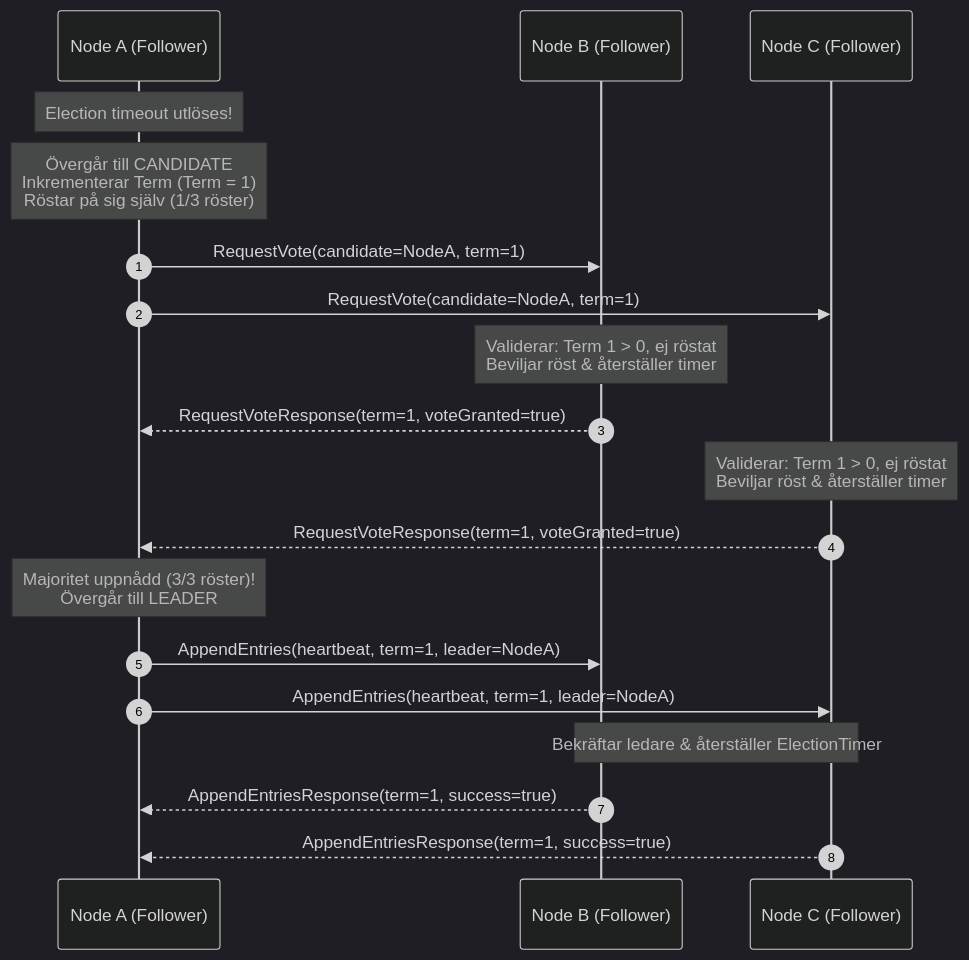
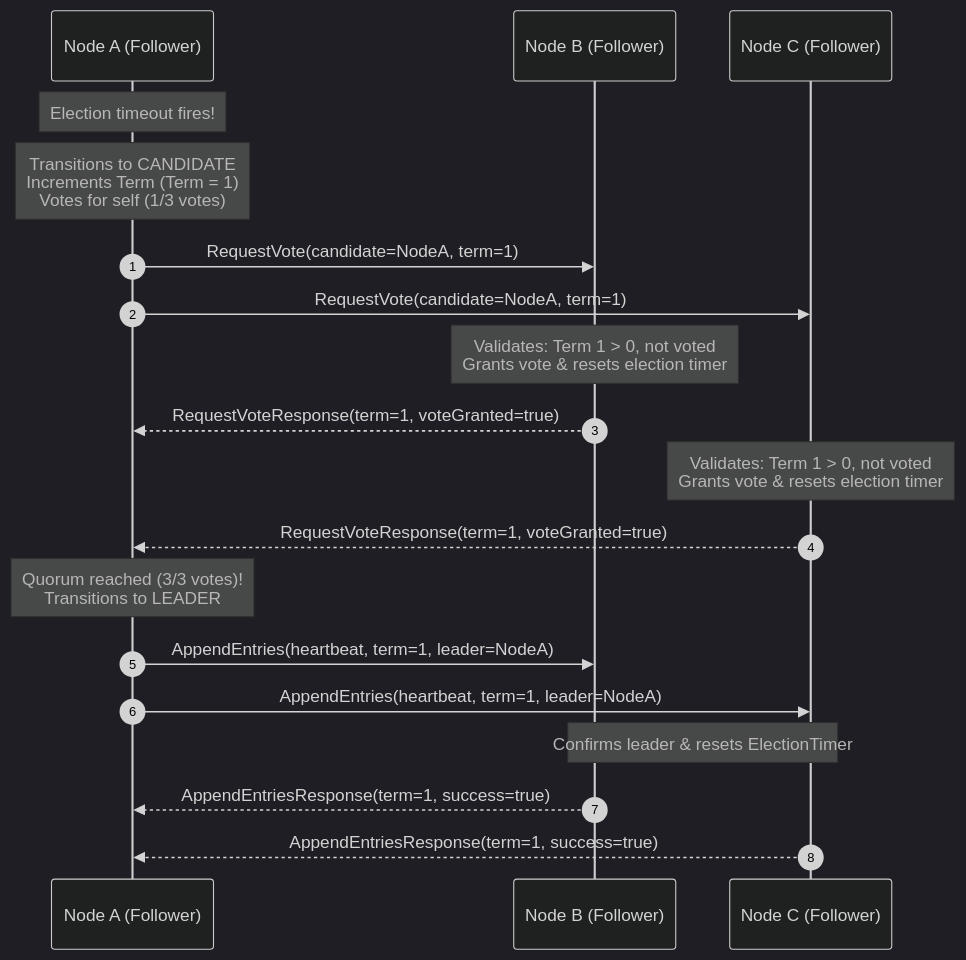
Before and after one commit to Mouaz7/AegisDB: the first of 4 diagrams in docs/raft.md, drawn with Mermaid (dark theme). The commit also changed other lines of this file and 17 other files, not shown here.

````diff
--- a/docs/raft.md
+++ b/docs/raft.md
@@ -22,28 +22,28 @@
 ```mermaid
 sequenceDiagram
     autonumber
     participant A as Node A (Follower)
     participant B as Node B (Follower)
     participant C as Node C (Follower)
 
-    Note over A: Election timeout utlöses!
-    Note over A: Övergår till CANDIDATE<br/>Inkrementerar Term (Term = 1)<br/>Röstar på sig själv (1/3 röster)
+    Note over A: Election timeout fires!
+    Note over A: Transitions to CANDIDATE<br/>Increments Term (Term = 1)<br/>Votes for self (1/3 votes)
 
     A->>B: RequestVote(candidate=NodeA, term=1)
     A->>C: RequestVote(candidate=NodeA, term=1)
 
-    Note over B: Validerar: Term 1 > 0, ej röstat<br/>Beviljar röst & återställer timer
+    Note over B: Validates: Term 1 > 0, not voted<br/>Grants vote & resets election timer
     B-->>A: RequestVoteResponse(term=1, voteGranted=true)
 
-    Note over C: Validerar: Term 1 > 0, ej röstat<br/>Beviljar röst & återställer timer
+    Note over C: Validates: Term 1 > 0, not voted<br/>Grants vote & resets election timer
     C-->>A: RequestVoteResponse(term=1, voteGranted=true)
 
-    Note over A: Majoritet uppnådd (3/3 röster)!<br/>Övergår till LEADER
+    Note over A: Quorum reached (3/3 votes)!<br/>Transitions to LEADER
 
     A->>B: AppendEntries(heartbeat, term=1, leader=NodeA)
     A->>C: AppendEntries(heartbeat, term=1, leader=NodeA)
 
-    Note over B,C: Bekräftar ledare & återställer ElectionTimer
+    Note over B,C: Confirms leader & resets ElectionTimer
     B-->>A: AppendEntriesResponse(term=1, success=true)
     C-->>A: AppendEntriesResponse(term=1, success=true)
 ```
````
